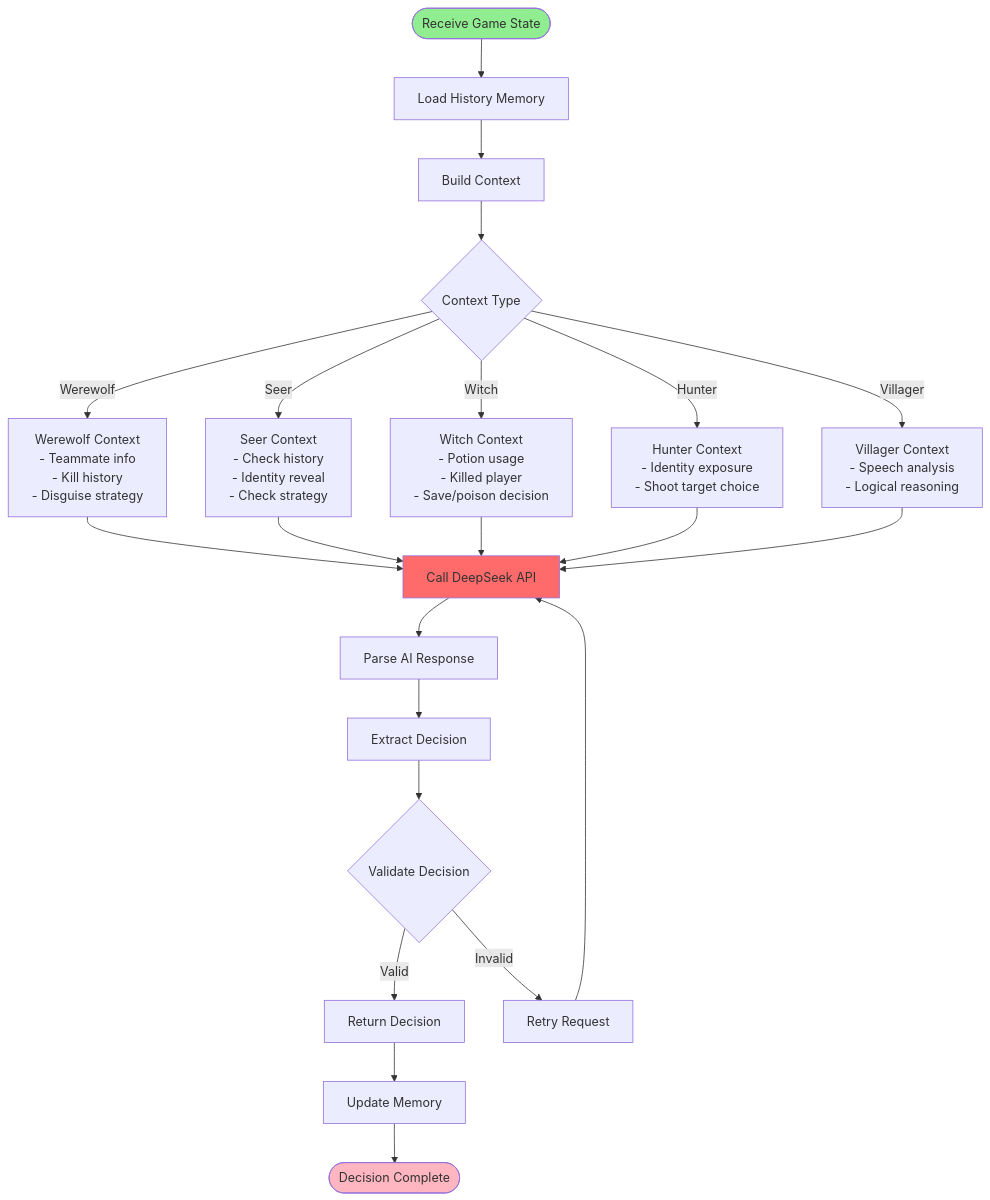
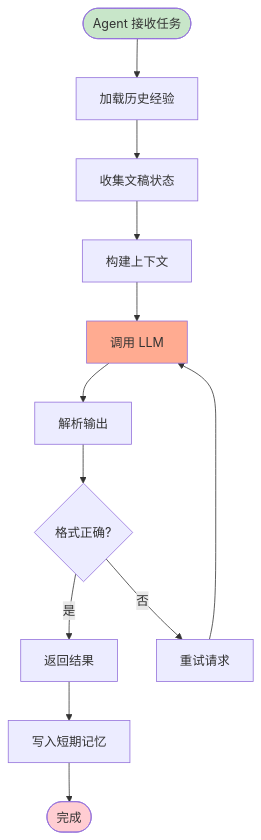
Before and after one commit to ddssmm1/ai-writing-workflow: the sixth of 9 diagrams in README.md, drawn with Mermaid. The commit also changed other lines of this file, not shown here.

````diff
--- a/README.md
+++ b/README.md
@@ -193,34 +169,22 @@
 ```mermaid
 graph TB
-    Start([Receive Game State]) --> LoadHistory[Load History Memory]
-    LoadHistory --> BuildContext[Build Context]
+    Start([Agent 接收任务]) --> LoadMem[加载历史经验]
+    LoadMem --> GatherState[收集文稿状态]
+    GatherState --> BuildContext[构建上下文]
 
-    BuildContext --> ContextType{Context Type}
+    BuildContext --> CallAPI[调用 LLM]
+    CallAPI --> Parse[解析输出]
 
-    ContextType -->|Werewolf| WolfContext[Werewolf Context<br/>- Teammate info<br/>- Kill history<br/>- Disguise strategy]
-    ContextType -->|Seer| SeerContext[Seer Context<br/>- Check history<br/>- Identity reveal<br/>- Check strategy]
-    ContextType -->|Witch| WitchContext[Witch Context<br/>- Potion usage<br/>- Killed player<br/>- Save/poison decision]
-    ContextType -->|Hunter| HunterContext[Hunter Context<br/>- Identity exposure<br/>- Shoot target choice]
-    ContextType -->|Villager| VillagerContext[Villager Context<br/>- Speech analysis<br/>- Logical reasoning]
+    Parse --> Validate{格式正确?}
+    Validate -->|是| Return[返回结果]
+    Validate -->|否| Retry[重试请求]
 
-    WolfContext --> CallAPI[Call DeepSeek API]
-    SeerContext --> CallAPI
-    WitchContext --> CallAPI
-    HunterContext --> CallAPI
-    VillagerContext --> CallAPI
-
-    CallAPI --> ParseResponse[Parse AI Response]
-    ParseResponse --> ExtractDecision[Extract Decision]
-
-    ExtractDecision --> ValidateDecision{Validate Decision}
-    ValidateDecision -->|Valid| ReturnDecision[Return Decision]
-    ValidateDecision -->|Invalid| Retry[Retry Request]
     Retry --> CallAPI
 
-    ReturnDecision --> UpdateMemory[Update Memory]
-    UpdateMemory --> End([Decision Complete])
+    Return --> Update[写入短期记忆]
+    Update --> End([完成])
 
-    style Start fill:#90EE90
-    style End fill:#FFB6C1
-    style CallAPI fill:#FF6B6B
+    style Start fill:#C8E6C9
+    style End fill:#FFCDD2
+    style CallAPI fill:#FFAB91
 ```
````
